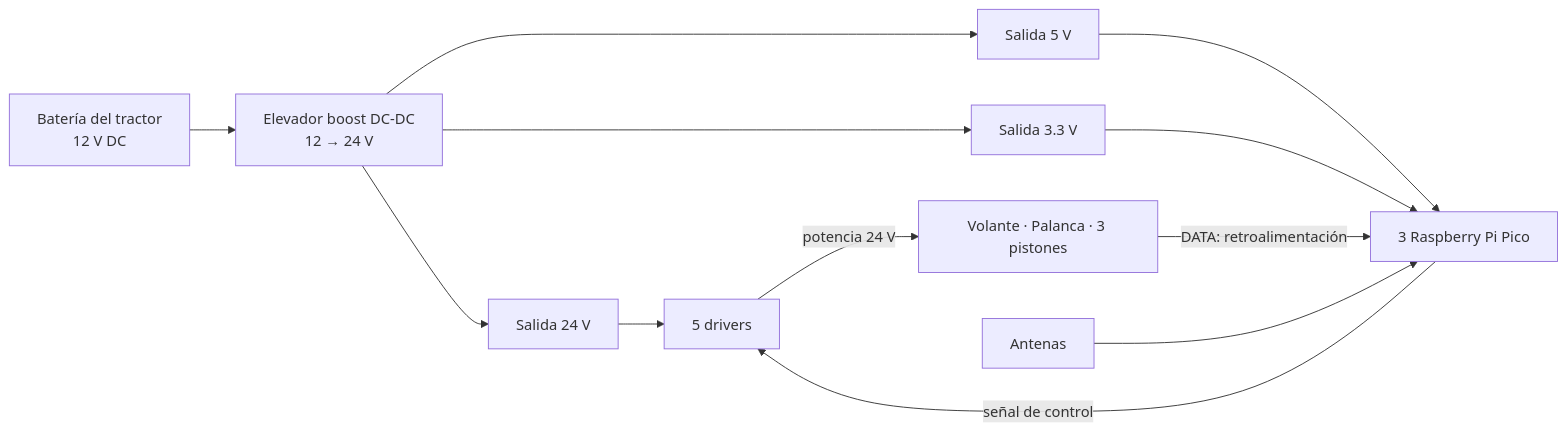
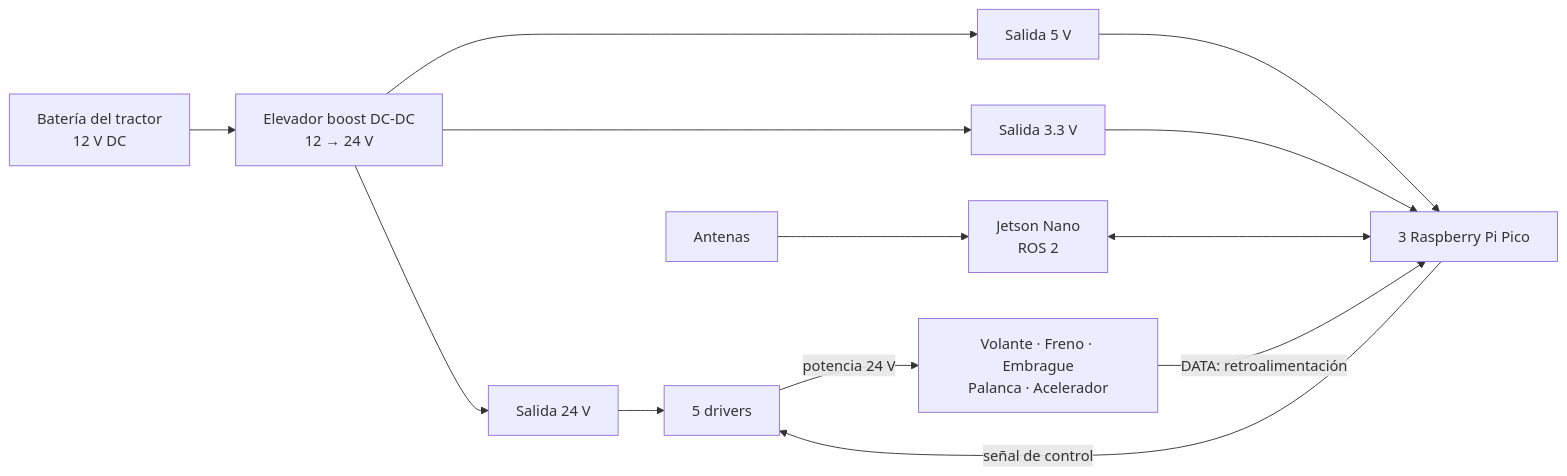
One commit to BrianSimpson01/Agrotecnologias-abiertas-para-mexico- changed the diagram in docs/tablero.md. Above: the diagram before and after it, drawn with Mermaid. The commit also changed other lines of this file and 6 other files, not shown here.

Commit message:
Corregir arquitectura: Picos y Jetson Nano

````diff
--- a/docs/tablero.md
+++ b/docs/tablero.md
@@ -13,13 +13,14 @@
 ```mermaid
 flowchart LR
     BAT[Batería del tractor<br/>12 V DC] --> BOOST[Elevador boost DC-DC<br/>12 → 24 V]
     BOOST --> V24[Salida 24 V]
     BOOST --> V5[Salida 5 V]
     BOOST --> V33[Salida 3.3 V]
     V5 & V33 --> PICOS[3 Raspberry Pi Pico]
+    JET[Jetson Nano<br/>ROS 2] <--> PICOS
+    ANT[Antenas] --> JET
     V24 --> DRV[5 drivers]
     PICOS -->|señal de control| DRV
-    DRV -->|potencia 24 V| MEC[Volante · Palanca · 3 pistones]
+    DRV -->|potencia 24 V| MEC[Volante · Freno · Embrague<br/>Palanca · Acelerador]
     MEC -->|DATA: retroalimentación| PICOS
-    ANT[Antenas] --> PICOS
 ```
````
